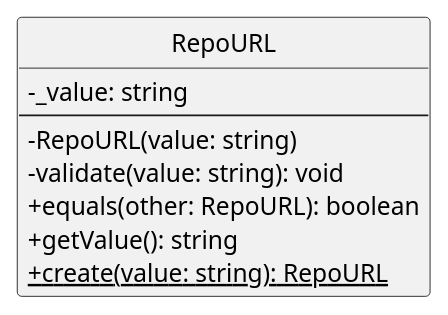
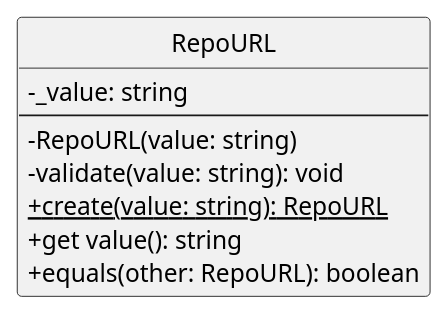
One commit to SkarabGroup/DocumentazioneProgetto changed the diagram in assets/st_diagrams/code/plantuml/analysis/domain/valueObjects/repoURL.vo.plantuml. Above: the diagram before and after it, drawn with PlantUML. The commit also changed 88 other files, not shown here.

```diff
--- a/assets/st_diagrams/code/plantuml/analysis/domain/valueObjects/repoURL.vo.plantuml
+++ b/assets/st_diagrams/code/plantuml/analysis/domain/valueObjects/repoURL.vo.plantuml
@@ -1,20 +1,18 @@
 @startuml RepoURL
-
 skinparam componentStyle uml2.5
 skinparam linetype ortho
-skinparam nodesep auto
-skinparam ranksep 70
+skinparam nodesep 30
+skinparam ranksep 30
 skinparam ClassAttributeIconSize 0
 hide circles
 
 class RepoURL {
     - _value: string
     ---
     - RepoURL(value: string)
     - validate(value: string): void
+    + {static} create(value: string): RepoURL
+    + get value(): string
     + equals(other: RepoURL): boolean
-    + getValue(): string
-    + {static} create(value: string): RepoURL
 }
-
 @enduml
```
